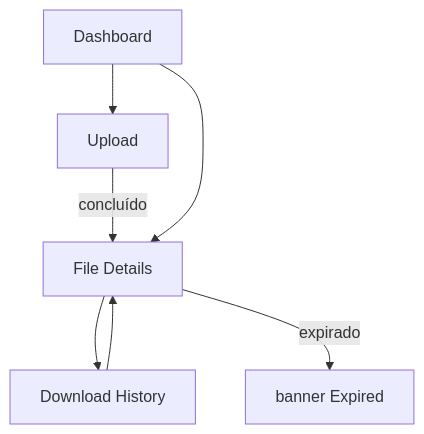
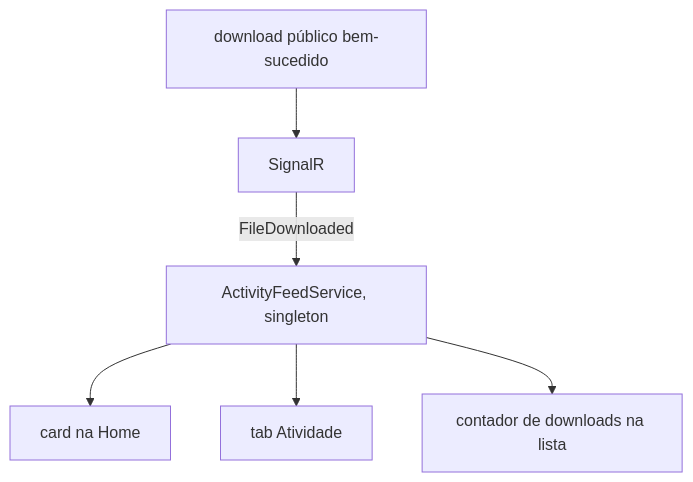
Before and after one commit to MiguelFariasDev/FileSharing: the sixth of 7 diagrams in docs/navigation-flows.md, drawn with Mermaid. The commit also changed other lines of this file and 104 other files, not shown here.

Commit message:
feat: redesign web and mobile navigation flows

````diff
--- a/docs/navigation-flows.md
+++ b/docs/navigation-flows.md
@@ -160,9 +345,8 @@
 ```mermaid
 flowchart TD
-    Dashboard --> Upload
-    Upload -->|concluído| FileDetails[File Details]
-    Dashboard --> FileDetails
-    FileDetails --> History[Download History]
-    History --> FileDetails
-    FileDetails -->|expirado| ExpiredBanner[banner Expired]
+    Download[download público bem-sucedido] --> SignalR
+    SignalR -->|FileDownloaded| ActivityFeed[ActivityFeedService, singleton]
+    ActivityFeed --> HomeCard[card na Home]
+    ActivityFeed --> ActivityTab[tab Atividade]
+    ActivityFeed --> FilesCounter[contador de downloads na lista]
 ```
````
